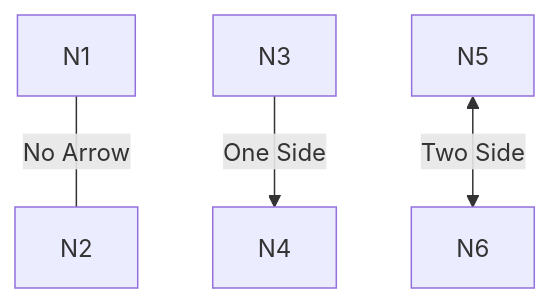
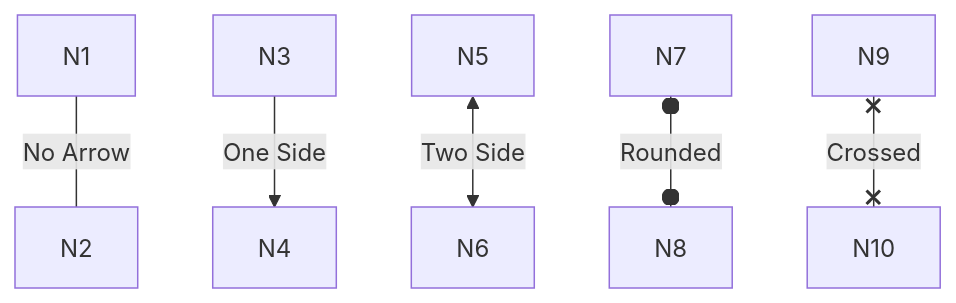
Before and after one commit to arunnambyar/tutorials: the sixth of 31 diagrams in mermaid/docs/flowchart.md, drawn with Mermaid. The commit also changed other lines of this file and 3 other files, not shown here.

Commit message:
Mermaid configuration dcumentation added

````diff
--- a/mermaid/docs/flowchart.md
+++ b/mermaid/docs/flowchart.md
@@ -98,6 +149,8 @@
 ```mermaid
 flowchart
     N1[N1] --No Arrow--- N2[N2]
     N3[N3] --One Side--> N4[N4]
     N5[N5] <--Two Side--> N6[N6]
+    N7[N7] o--Rounded--o N8[N8]
+    N9[N9] x--Crossed--x N10[N10]
 ```
````
